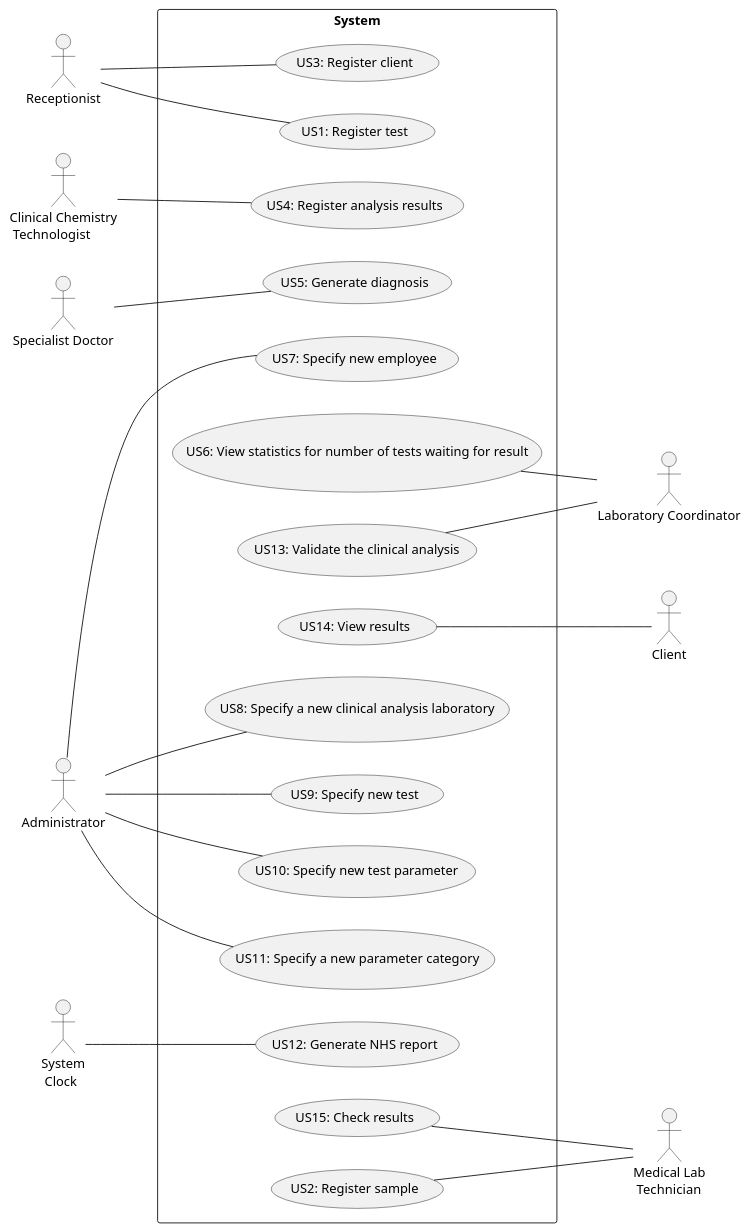
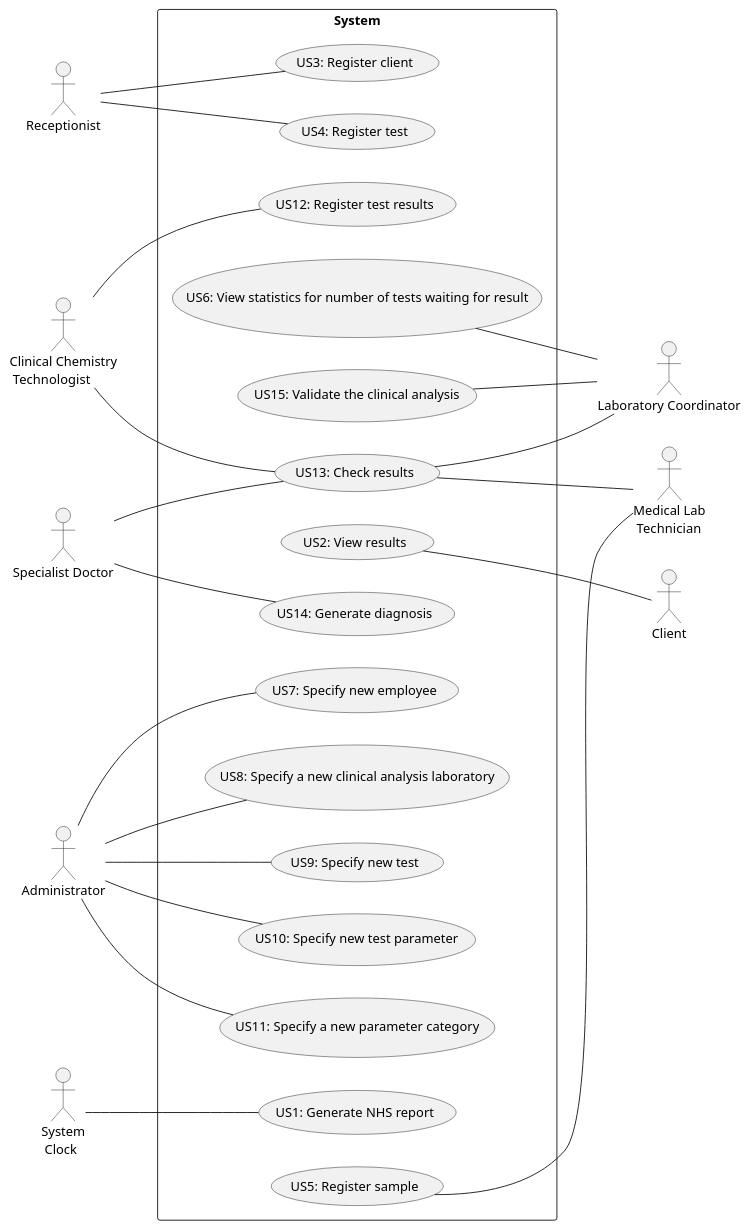
Before and after one commit to MadDinosaur/ISEP-LAPR2: the diagram in docs/SprintC/UCD.puml, drawn with PlantUML. The commit also changed 1 other file, not shown here.

```diff
--- a/docs/SprintC/UCD.puml
+++ b/docs/SprintC/UCD.puml
@@ -1,50 +1,53 @@
 @startuml
 'https://plantuml.com/use-case-diagram
 
 left to right direction
 skinparam packageStyle rectangle
 'Actors
 :Receptionist:
 :Medical Lab\n Technician: as MLT
 :Clinical Chemistry\n Technologist: as CCT
 :Specialist Doctor: as Doctor
 :Laboratory Coordinator: as LC
 :Client:
 :Administrator:
 :System\n Clock: as Clock
 
 package System {
-    (US1: Register test) as US1
+    (US4: Register test) as US4
     (US3: Register client) as US3
-    (US4: Register analysis results) as US4
-    (US5: Generate diagnosis) as US5
-    (US12: Generate NHS report) as US12
-    (US13: Validate the clinical analysis) as US13
-    (US14: View results) as US14
-    (US15: Check results) as US15
+    (US12: Register test results) as US12
+    (US14: Generate diagnosis) as US14
+    (US1: Generate NHS report) as US1
+    (US15: Validate the clinical analysis) as US15
+    (US2: View results) as US2
+    (US13: Check results) as US13
     (US7: Specify new employee) as US7
     (US8: Specify a new clinical analysis laboratory) as US8
     (US9: Specify new test) as US9
     (US10: Specify new test parameter) as US10
     (US11: Specify a new parameter category) as US11
-    (US2: Register sample) as US2
+    (US5: Register sample) as US5
     (US6: View statistics for number of tests waiting for result) as US6
 }
 
 'Use Cases
-Receptionist -- US1
+Receptionist -- US4
 Receptionist -- US3
-CCT -- US4
-Doctor -- US5
+CCT -- US12
+CCT -- US13
+Doctor -- US14
+Doctor -- US13
+US15 -- LC
 US13 -- LC
-US14 -- Client
-US2 -- MLT
-US15 -- MLT
+US2 -- Client
+US5 -- MLT
+US13 -- MLT
 Administrator -- US7
 Administrator -- US8
 Administrator -- US9
 Administrator -- US10
 Administrator -- US11
 US6 -- LC
-Clock -- US12
+Clock -- US1
 @enduml
```
